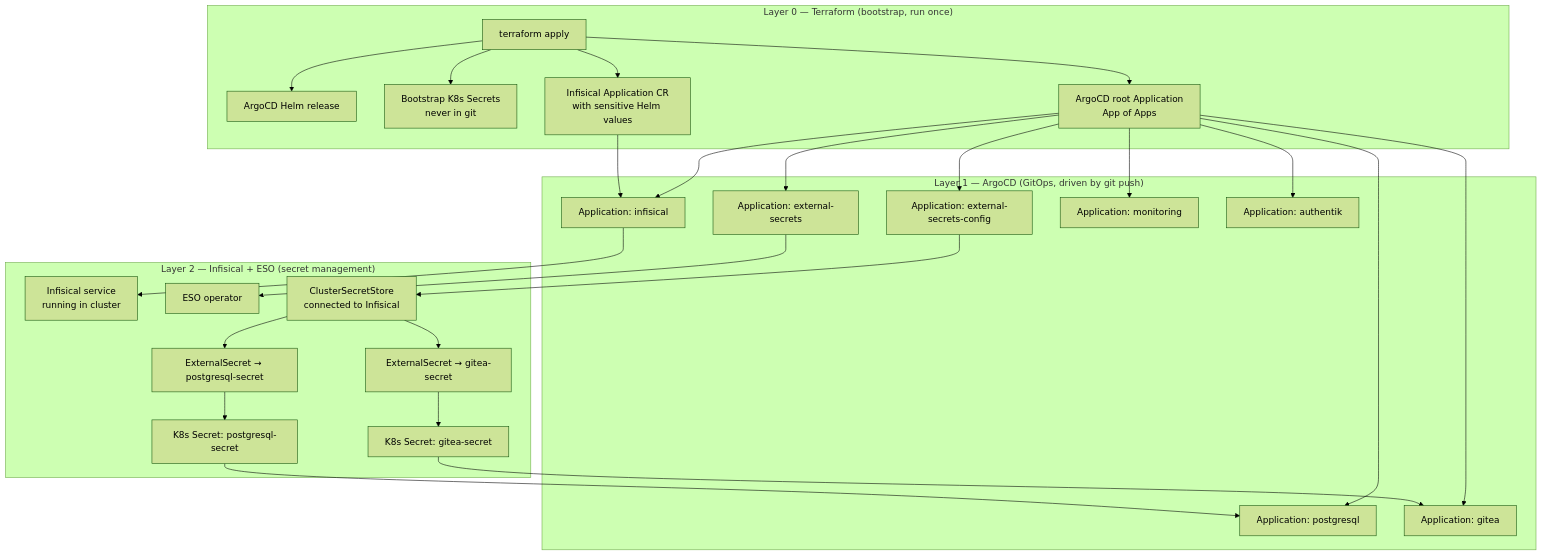
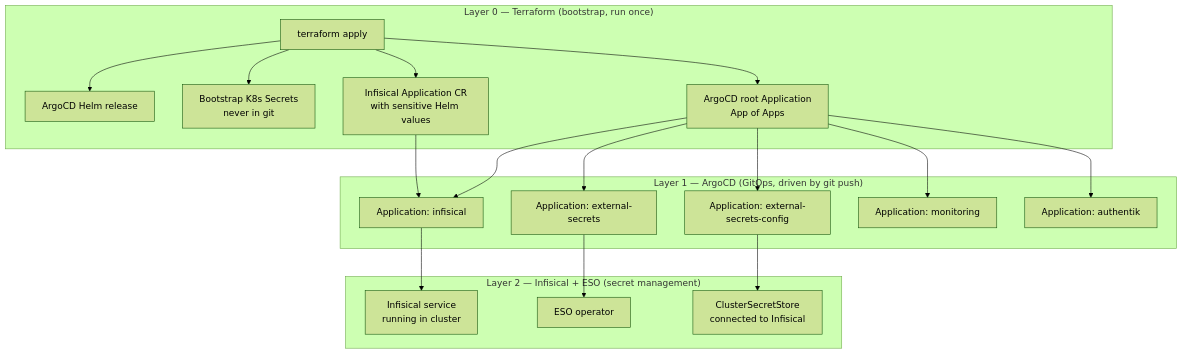
One commit to haingth77/homelab changed the first of 4 diagrams in docs/architecture.md. Above: the diagram before and after it, drawn with Mermaid (forest theme). The commit also changed other lines of this file and 38 other files, not shown here.

````diff
--- a/docs/architecture.md
+++ b/docs/architecture.md
@@ -9,34 +9,25 @@
 ```mermaid
 flowchart TD
     subgraph layer0["Layer 0 — Terraform (bootstrap, run once)"]
         TF["terraform apply"]
         TF --> A["ArgoCD Helm release"]
         TF --> B["Bootstrap K8s Secrets\nnever in git"]
         TF --> C["ArgoCD root Application\nApp of Apps"]
         TF --> D["Infisical Application CR\nwith sensitive Helm values"]
     end
 
     subgraph layer1["Layer 1 — ArgoCD (GitOps, driven by git push)"]
         C --> E["Application: infisical"]
         C --> F["Application: external-secrets"]
         C --> G["Application: external-secrets-config"]
-        C --> H["Application: postgresql"]
-        C --> I["Application: gitea"]
         C --> J["Application: monitoring"]
         C --> K["Application: authentik"]
         D --> E
     end
 
     subgraph layer2["Layer 2 — Infisical + ESO (secret management)"]
         E --> InfisicalSvc["Infisical service\nrunning in cluster"]
         F --> ESOOperator["ESO operator"]
         G --> CSS["ClusterSecretStore\nconnected to Infisical"]
-        CSS --> ES1["ExternalSecret → postgresql-secret"]
-        CSS --> ES2["ExternalSecret → gitea-secret"]
-        ES1 --> K8sSecret1["K8s Secret: postgresql-secret"]
-        ES2 --> K8sSecret2["K8s Secret: gitea-secret"]
     end
-
-    K8sSecret1 --> H
-    K8sSecret2 --> I
 ```
````
